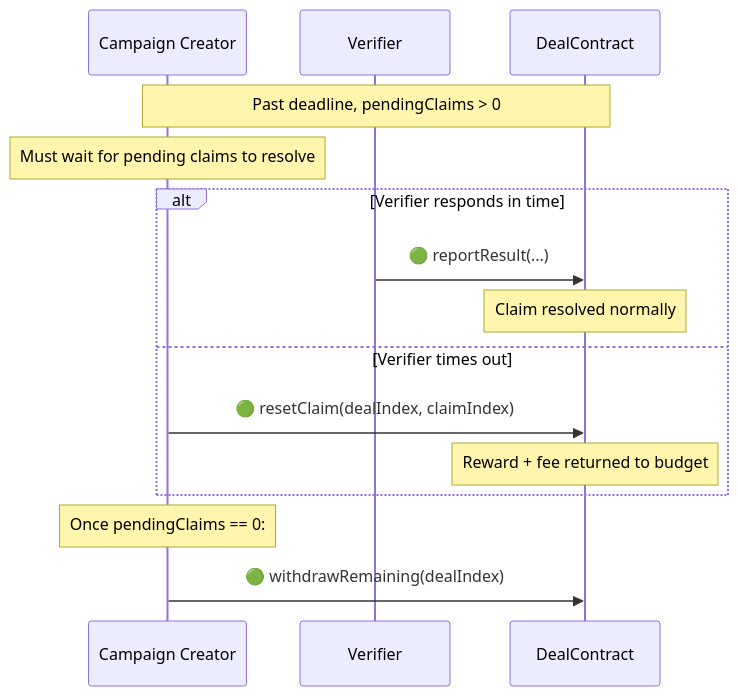
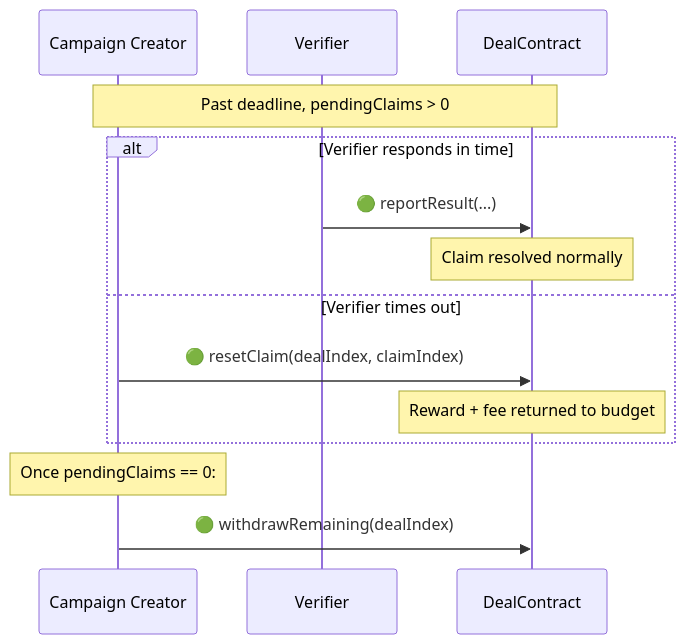
Before and after one commit to synctxai/synctx: the fifth of 5 diagrams in examples/x-follow/x-follow-design.md, drawn with Mermaid. The commit also changed other lines of this file and 1 other file, not shown here.

````diff
--- a/examples/x-follow/x-follow-design.md
+++ b/examples/x-follow/x-follow-design.md
@@ -308,20 +305,19 @@
 ```mermaid
 sequenceDiagram
     participant A as Campaign Creator
     participant V as Verifier
     participant D as DealContract
 
     Note over A,D: Past deadline, pendingClaims > 0
-    Note over A: Must wait for pending claims to resolve
 
     alt Verifier responds in time
         V->>D: 🟢 reportResult(...)
         Note over D: Claim resolved normally
     else Verifier times out
         A->>D: 🟢 resetClaim(dealIndex, claimIndex)
         Note over D: Reward + fee returned to budget
     end
 
     Note over A: Once pendingClaims == 0:
     A->>D: 🟢 withdrawRemaining(dealIndex)
 ```
````
